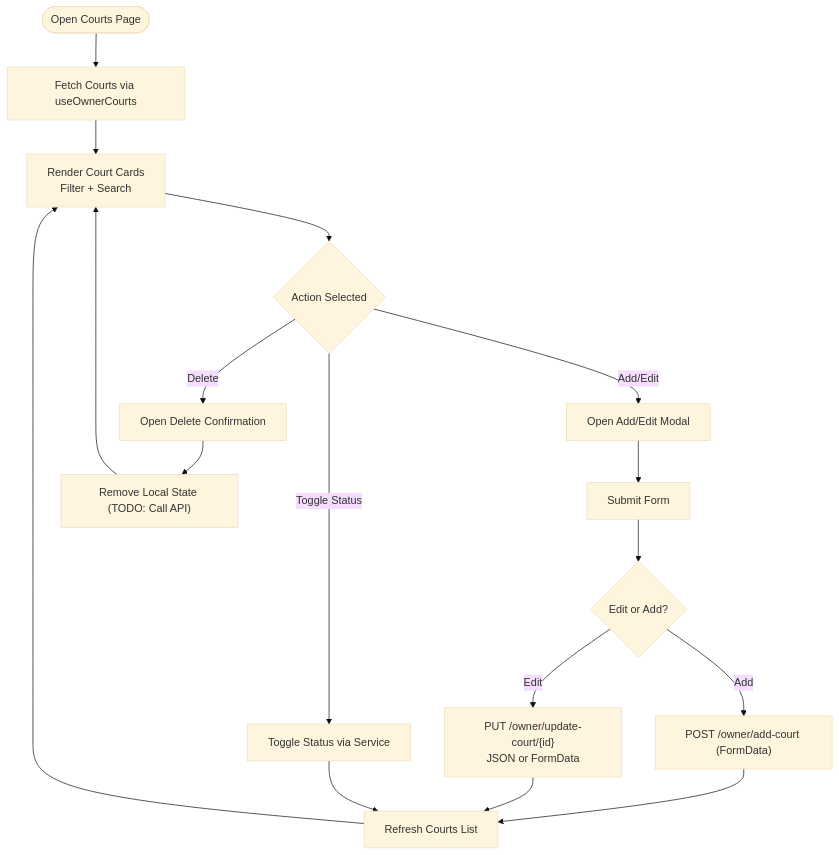
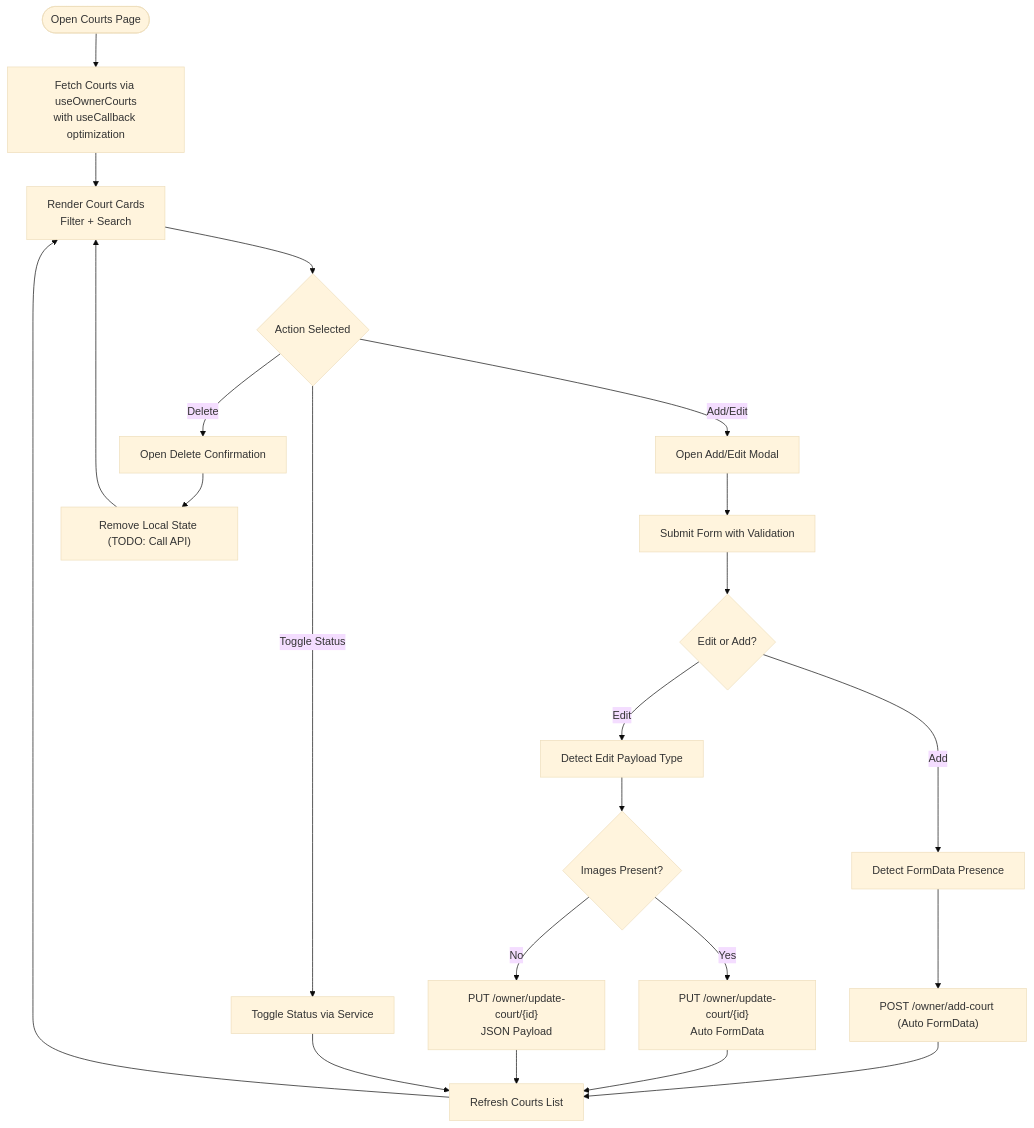
One commit to nguyencongtrung2001/Do-An changed the fifth of 9 diagrams in .qoder/repowiki/en/content/Feature Components & UI/Owner Dashboard UI.md. Above: the diagram before and after it, drawn with Mermaid (base theme). The commit also changed other lines of this file and 12 other files, not shown here.

````diff
--- a/.qoder/repowiki/en/content/Feature Components & UI/Owner Dashboard UI.md
+++ b/.qoder/repowiki/en/content/Feature Components & UI/Owner Dashboard UI.md
@@ -264,19 +291,24 @@
 ```mermaid
 flowchart TD
-Start(["Open Courts Page"]) --> Load["Fetch Courts via useOwnerCourts"]
+Start(["Open Courts Page"]) --> Load["Fetch Courts via useOwnerCourts<br/>with useCallback optimization"]
 Load --> List["Render Court Cards<br/>Filter + Search"]
 List --> Action{"Action Selected"}
 Action --> |Add/Edit| OpenModal["Open Add/Edit Modal"]
-OpenModal --> Submit["Submit Form"]
+OpenModal --> Submit["Submit Form with Validation"]
 Submit --> Mode{"Edit or Add?"}
-Mode --> |Add| Post["POST /owner/add-court (FormData)"]
-Mode --> |Edit| Put["PUT /owner/update-court/{id}<br/>JSON or FormData"]
+Mode --> |Add| Detect["Detect FormData Presence"]
+Detect --> Post["POST /owner/add-court (Auto FormData)"]
+Mode --> |Edit| DetectEdit["Detect Edit Payload Type"]
+DetectEdit --> CheckImages{"Images Present?"}
+CheckImages --> |Yes| PostEdit["PUT /owner/update-court/{id}<br/>Auto FormData"]
+CheckImages --> |No| PutEdit["PUT /owner/update-court/{id}<br/>JSON Payload"]
 Post --> Refresh["Refresh Courts List"]
-Put --> Refresh
+PostEdit --> Refresh
+PutEdit --> Refresh
 Action --> |Toggle Status| Toggle["Toggle Status via Service"]
 Toggle --> Refresh
 Action --> |Delete| Confirm["Open Delete Confirmation"]
 Confirm --> Remove["Remove Local State (TODO: Call API)"]
 Refresh --> List
 Remove --> List
 ```
````
